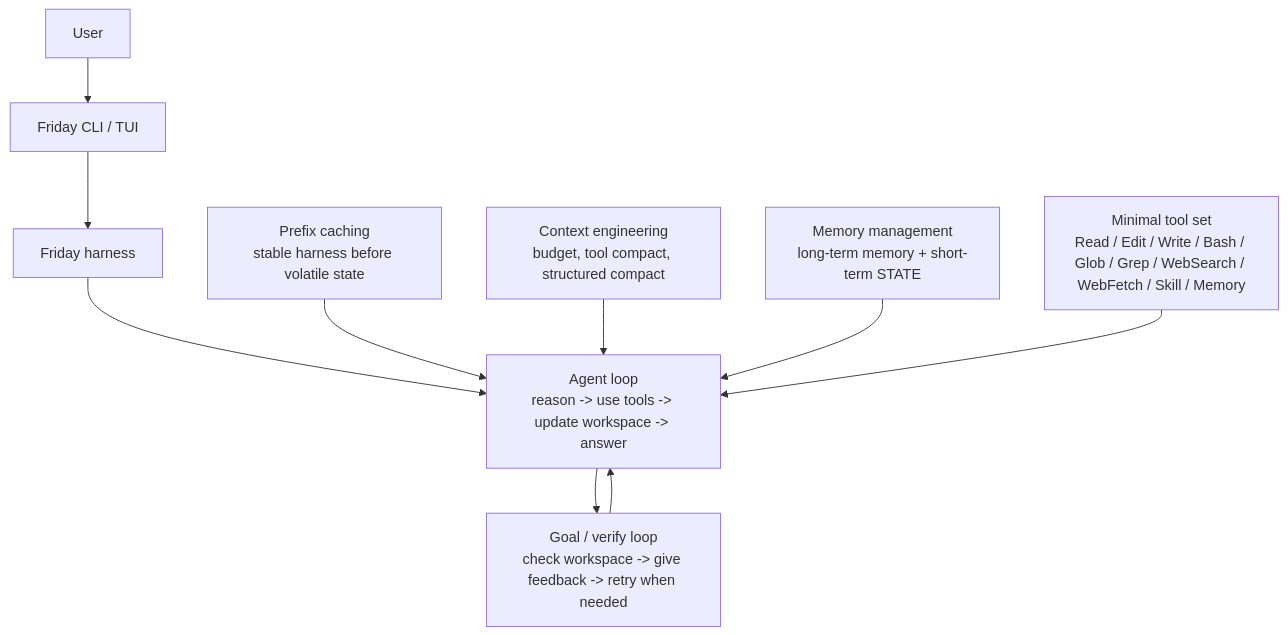
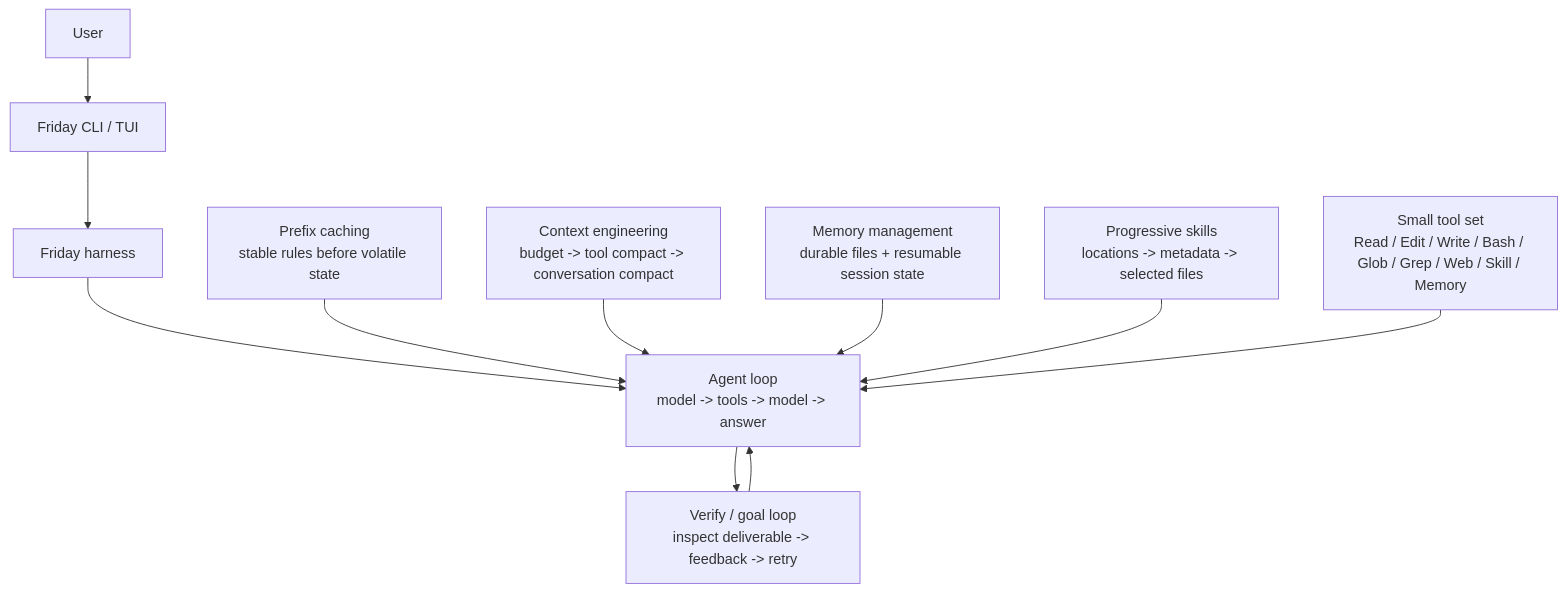
The diagram in README.md (Lancetwang/friday), drawn with Mermaid before and after one commit. The commit also changed other lines of this file and 10 other files, not shown here.

Commit message:
Harden installation and progressive skills

````diff
--- a/README.md
+++ b/README.md
@@ -31,14 +40,15 @@
 ```mermaid
 flowchart TD
-    User["User"] --> Friday["Friday CLI / TUI"]
-    Friday --> Harness["Friday harness"]
+    User["User"] --> Surface["Friday CLI / TUI"]
+    Surface --> Harness["Friday harness"]
 
-    Harness --> AgentLoop["Agent loop<br/>reason -> use tools -> update workspace -> answer"]
-    AgentLoop --> VerifyLoop["Goal / verify loop<br/>check workspace -> give feedback -> retry when needed"]
-    VerifyLoop --> AgentLoop
+    Harness --> AgentLoop["Agent loop<br/>model -> tools -> model -> answer"]
+    AgentLoop --> OuterLoop["Verify / goal loop<br/>inspect deliverable -> feedback -> retry"]
+    OuterLoop --> AgentLoop
 
-    Prefix["Prefix caching<br/>stable harness before volatile state"] --> AgentLoop
-    Context["Context engineering<br/>budget, tool compact, structured compact"] --> AgentLoop
-    Memory["Memory management<br/>long-term memory + short-term STATE"] --> AgentLoop
-    Tools["Minimal tool set<br/>Read / Edit / Write / Bash / Glob / Grep / WebSearch / WebFetch / Skill / Memory"] --> AgentLoop
+    Prefix["Prefix caching<br/>stable rules before volatile state"] --> AgentLoop
+    Context["Context engineering<br/>budget -> tool compact -> conversation compact"] --> AgentLoop
+    Memory["Memory management<br/>durable files + resumable session state"] --> AgentLoop
+    Skills["Progressive skills<br/>locations -> metadata -> selected files"] --> AgentLoop
+    Tools["Small tool set<br/>Read / Edit / Write / Bash / Glob / Grep / Web / Skill / Memory"] --> AgentLoop
 ```
````
